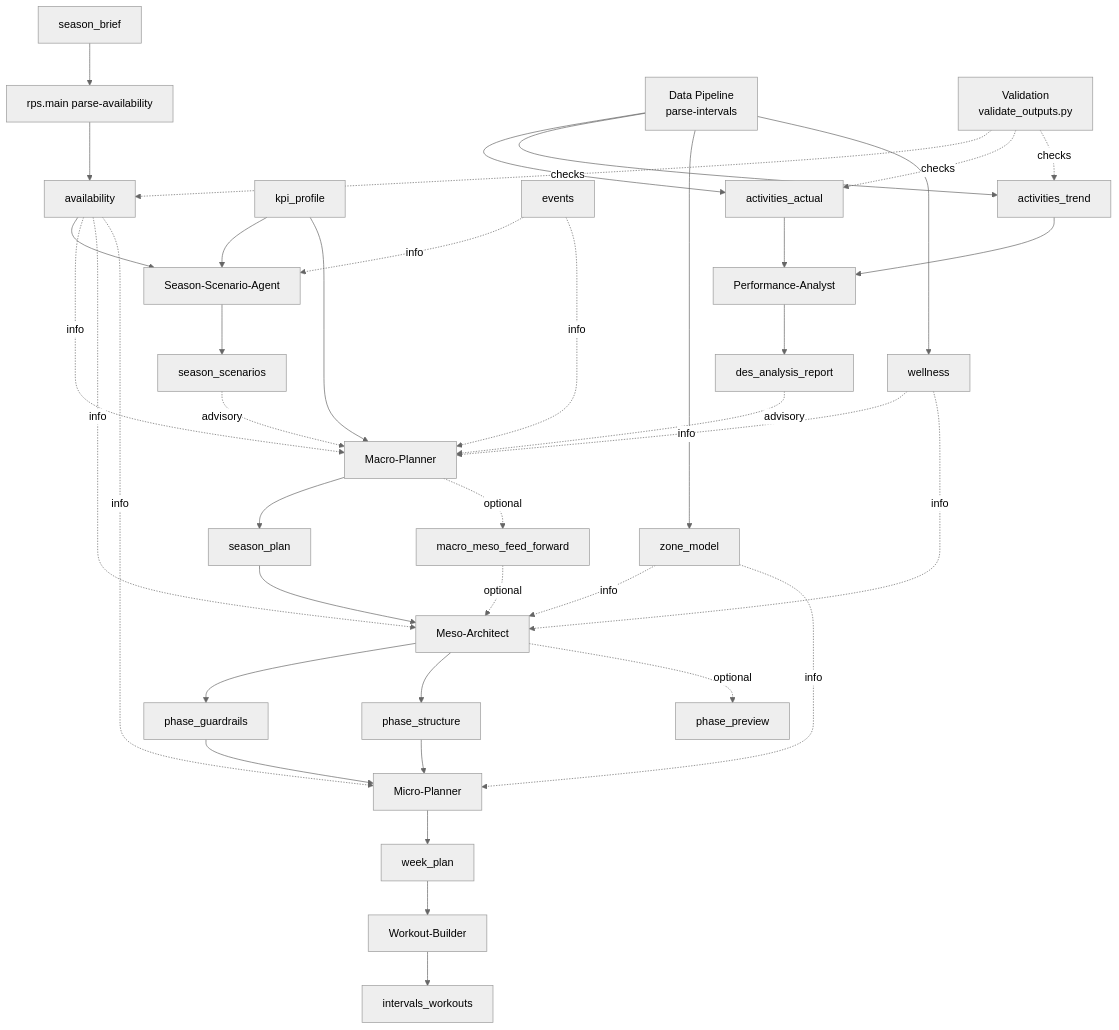
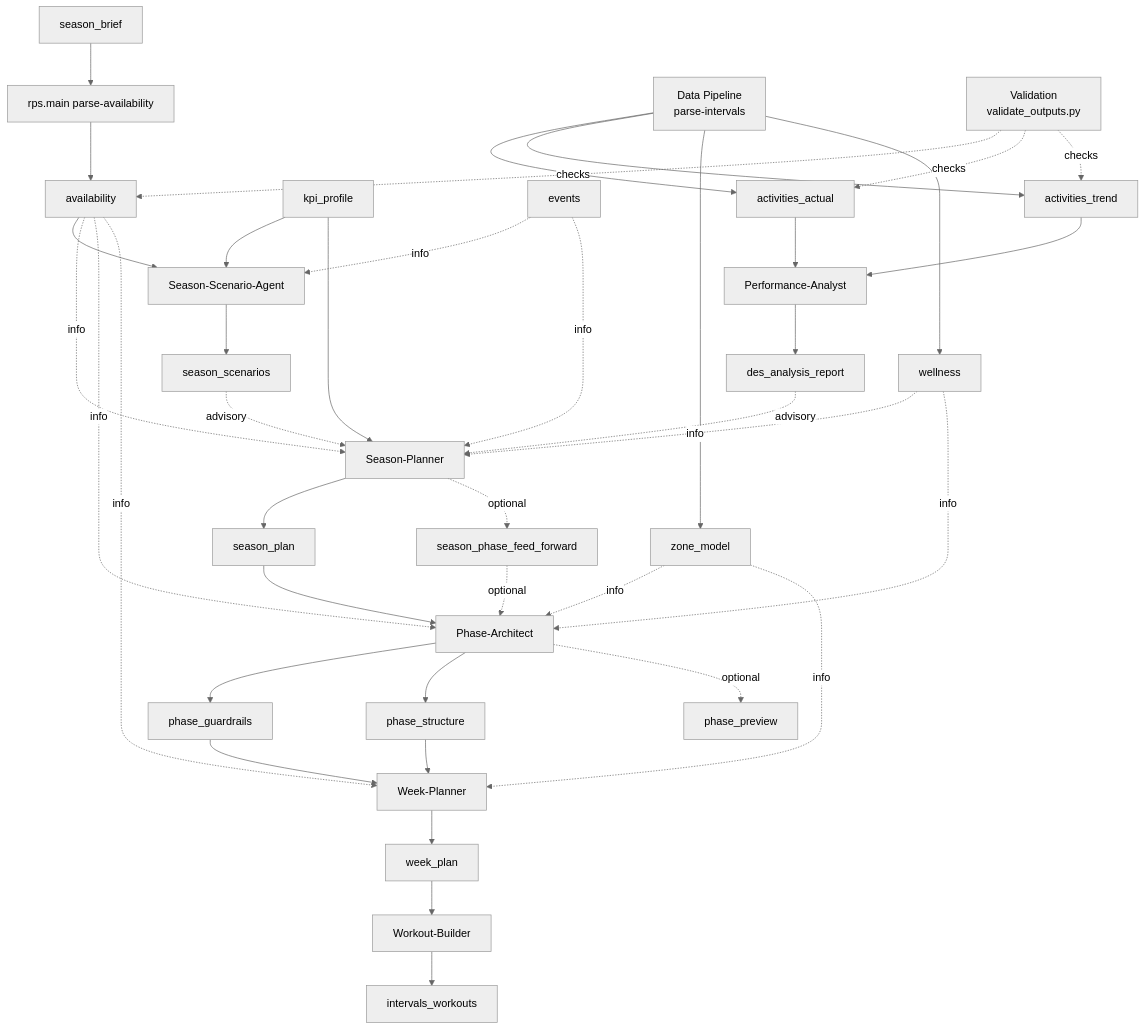
The diagram in doc/planners.md (albauer-priv/RPS), drawn with Mermaid (neutral theme) before and after one commit. The commit also changed other lines of this file and 148 other files, not shown here.

Commit message:
Finalize season/phase/week renames

````diff
--- a/doc/planners.md
+++ b/doc/planners.md
@@ -31,45 +31,45 @@
 ```mermaid
 flowchart TD
   SB[season_brief] --> AVP[rps.main parse-availability]
   AVP --> AV[availability]
   AV --> SS[Season-Scenario-Agent]
   KP[kpi_profile] --> SS
   SS --> SC[season_scenarios]
-  SC -. advisory .-> MA[Macro-Planner]
+  SC -. advisory .-> MA[Season-Planner]
   EV[events] -. info .-> SS
   EV -. info .-> MA
   AV -. info .-> MA
   KP --> MA
   MA --> MO[season_plan]
-  MA -. optional .-> MMFF[macro_meso_feed_forward]
+  MA -. optional .-> SPFF[season_phase_feed_forward]
 
-  MO --> ME[Meso-Architect]
-  MMFF -. optional .-> ME
+  MO --> ME[Phase-Architect]
+  SPFF -. optional .-> ME
   AV -. info .-> ME
   ME --> BG[phase_guardrails]
   ME --> BEA[phase_structure]
   ME -. optional .-> BEP[phase_preview]
 
-  BG --> MI[Micro-Planner]
+  BG --> MI[Week-Planner]
   BEA --> MI
   AV -. info .-> MI
   MI --> WP[week_plan]
   WP --> WB[Workout-Builder]
   WB --> WJ[intervals_workouts]
 
   DP[Data Pipeline\nparse-intervals] --> AA[activities_actual]
   DP --> AT[activities_trend]
   DP --> ZM[zone_model]
   DP --> WL[wellness]
   VA[Validation\nvalidate_outputs.py] -. checks .-> AV
   VA -. checks .-> AA
   VA -. checks .-> AT
   AA --> PA[Performance-Analyst]
   AT --> PA
   ZM -. info .-> ME
   ZM -. info .-> MI
   WL -. info .-> MA
   WL -. info .-> ME
   PA --> DR[des_analysis_report]
   DR -. advisory .-> MA
 ```
````
